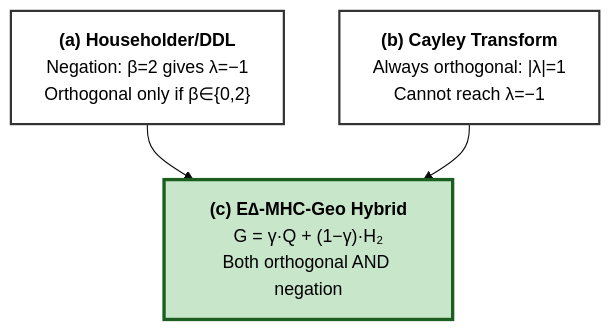
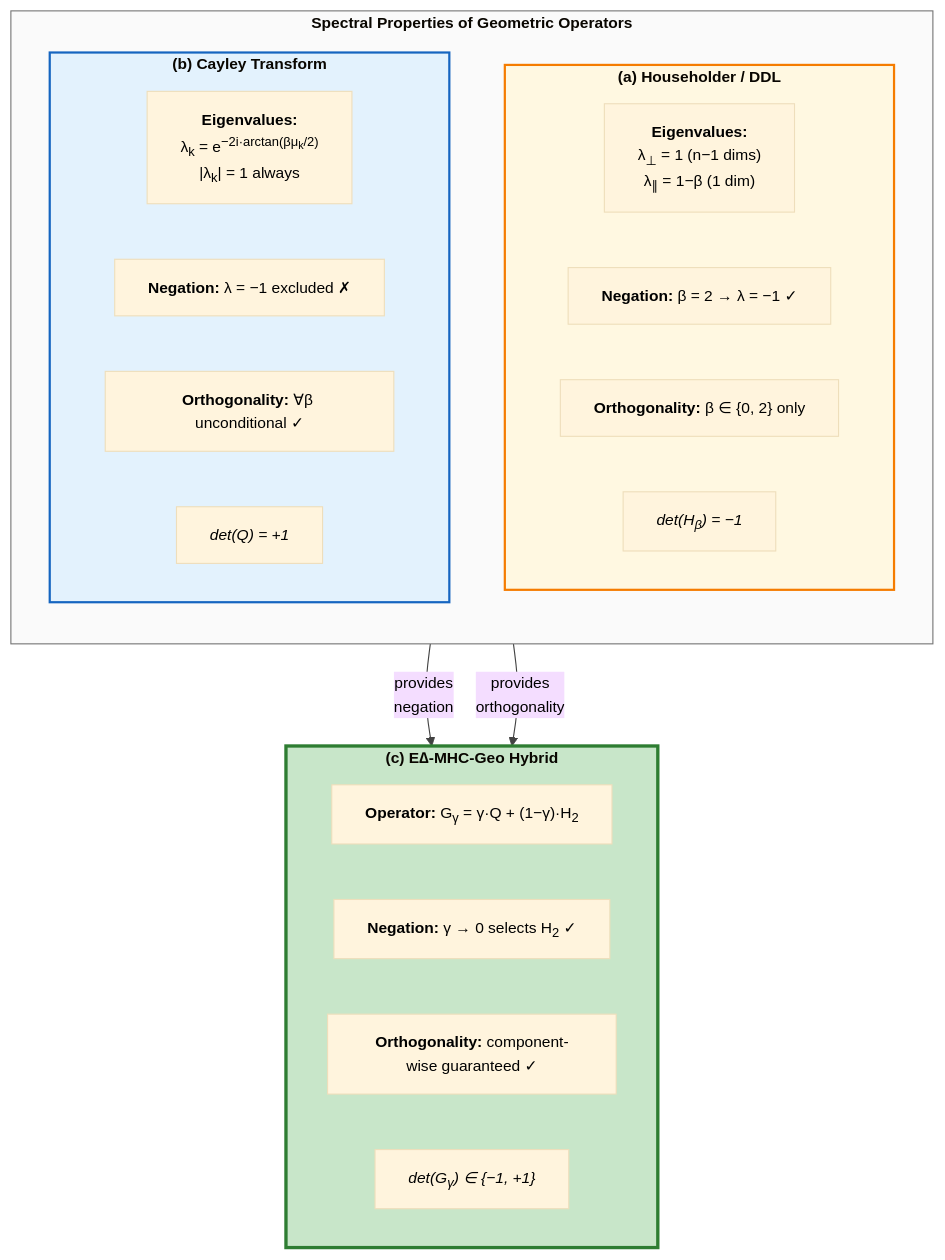
Before and after one commit to arash-shahmansoori/edelta: the seventh of 10 diagrams in docs/RESEARCH.md, drawn with Mermaid. The commit also changed other lines of this file and 4 other files, not shown here.

First line of the commit message:
Enhance RESEARCH.md with publication-quality diagrams and sequential figure numbering

````diff
--- a/docs/RESEARCH.md
+++ b/docs/RESEARCH.md
@@ -1046,14 +1391,36 @@
 ```mermaid
-%%{init: {'theme': 'base', 'themeVariables': { 'fontSize': '16px', 'fontFamily': 'Arial', 'primaryTextColor': '#000000'}}}%%
+%%{init: {'theme': 'base', 'themeVariables': { 'fontSize': '14px', 'fontFamily': 'Georgia, Times New Roman, serif', 'primaryTextColor': '#000000', 'lineColor': '#424242'}}}%%
 flowchart TB
-    DDL["<b>(a) Householder/DDL</b><br/>Negation: β=2 gives λ=−1<br/>Orthogonal only if β∈{0,2}"]
-    CAY["<b>(b) Cayley Transform</b><br/>Always orthogonal: |λ|=1<br/>Cannot reach λ=−1"]
-    HYB["<b>(c) E∆-MHC-Geo Hybrid</b><br/>G = γ·Q + (1−γ)·H₂<br/>Both orthogonal AND negation"]
+    subgraph SPEC["<b>Spectral Properties of Geometric Operators</b>"]
+        direction TB
+        
+        subgraph DDL["<b>(a) Householder / DDL</b>"]
+            DDL1["<b>Eigenvalues:</b><br/>λ<sub>⊥</sub> = 1 (n−1 dims)<br/>λ<sub>∥</sub> = 1−β (1 dim)"]
+            DDL2["<b>Negation:</b> β = 2 → λ = −1 ✓"]
+            DDL3["<b>Orthogonality:</b> β ∈ {0, 2} only"]
+            DDL4["<i>det(H<sub>β</sub>) = −1</i>"]
+        end
+        
+        subgraph CAY["<b>(b) Cayley Transform</b>"]
+            CAY1["<b>Eigenvalues:</b><br/>λ<sub>k</sub> = e<sup>−2i·arctan(βμ<sub>k</sub>/2)</sup><br/>|λ<sub>k</sub>| = 1 always"]
+            CAY2["<b>Negation:</b> λ = −1 excluded ✗"]
+            CAY3["<b>Orthogonality:</b> ∀β unconditional ✓"]
+            CAY4["<i>det(Q) = +1</i>"]
+        end
+    end
     
-    DDL --> HYB
-    CAY --> HYB
+    DDL --> |"provides<br/>negation"| HYB
+    CAY --> |"provides<br/>orthogonality"| HYB
     
-    style DDL fill:#ffffff,stroke:#333333,stroke-width:2px
-    style CAY fill:#ffffff,stroke:#333333,stroke-width:2px
-    style HYB fill:#c8e6c9,stroke:#1b5e20,stroke-width:3px
+    subgraph HYB["<b>(c) E∆-MHC-Geo Hybrid</b>"]
+        HYB1["<b>Operator:</b> G<sub>γ</sub> = γ·Q + (1−γ)·H<sub>2</sub>"]
+        HYB2["<b>Negation:</b> γ → 0 selects H<sub>2</sub> ✓"]
+        HYB3["<b>Orthogonality:</b> component-wise guaranteed ✓"]
+        HYB4["<i>det(G<sub>γ</sub>) ∈ {−1, +1}</i>"]
+    end
+    
+    style DDL fill:#fff8e1,stroke:#f57c00,stroke-width:2px
+    style CAY fill:#e3f2fd,stroke:#1565c0,stroke-width:2px
+    style HYB fill:#c8e6c9,stroke:#2e7d32,stroke-width:3px
+    style SPEC fill:#fafafa,stroke:#757575,stroke-width:1px
 ```
````
